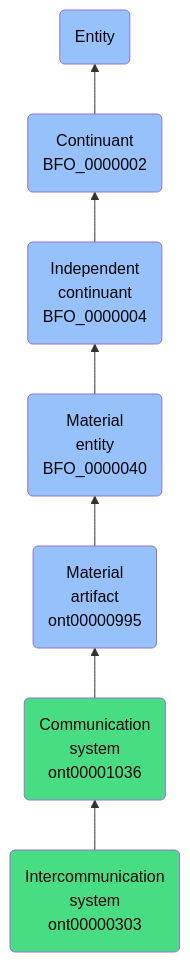
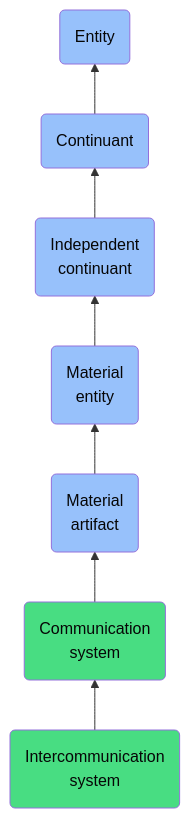
Before and after one commit to jupyter-naas/abi: the diagram in docs/ontology/reference/model/Entity/Continuant/Independent continuant/Material entity/Material artifact/Communication system/Intercommunication system/Intercommunication system.md, drawn with Mermaid. The commit also changed other lines of this file and 1430 other files, not shown here.

````diff
--- a/docs/ontology/reference/model/Entity/Continuant/Independent continuant/Material entity/Material artifact/Communication system/Intercommunication system/Intercommunication system.md
+++ b/docs/ontology/reference/model/Entity/Continuant/Independent continuant/Material entity/Material artifact/Communication system/Intercommunication system/Intercommunication system.md
@@ -24,14 +24,14 @@
 ```mermaid
 graph BT
-    ont00000303(Intercommunication<br>system<br>ont00000303):::ABI-->ont00001036
-    ont00001036(Communication<br>system<br>ont00001036):::ABI-->ont00000995
-    ont00000995(Material<br>artifact<br>ont00000995):::BFO-->BFO_0000040
-    BFO_0000040(Material<br>entity<br>BFO_0000040):::BFO-->BFO_0000004
-    BFO_0000004(Independent<br>continuant<br>BFO_0000004):::BFO-->BFO_0000002
-    BFO_0000002(Continuant<br>BFO_0000002):::BFO-->BFO_0000001
+    ont00000303(Intercommunication<br>system):::ABI-->ont00001036
+    ont00001036(Communication<br>system):::ABI-->ont00000995
+    ont00000995(Material<br>artifact):::BFO-->BFO_0000040
+    BFO_0000040(Material<br>entity):::BFO-->BFO_0000004
+    BFO_0000004(Independent<br>continuant):::BFO-->BFO_0000002
+    BFO_0000002(Continuant):::BFO-->BFO_0000001
     BFO_0000001(Entity):::BFO
     
     classDef BFO fill:#97c1fb,color:#060606
     classDef CCO fill:#e4c51e,color:#060606
     classDef ABI fill:#48DD82,color:#060606
 ```
````
